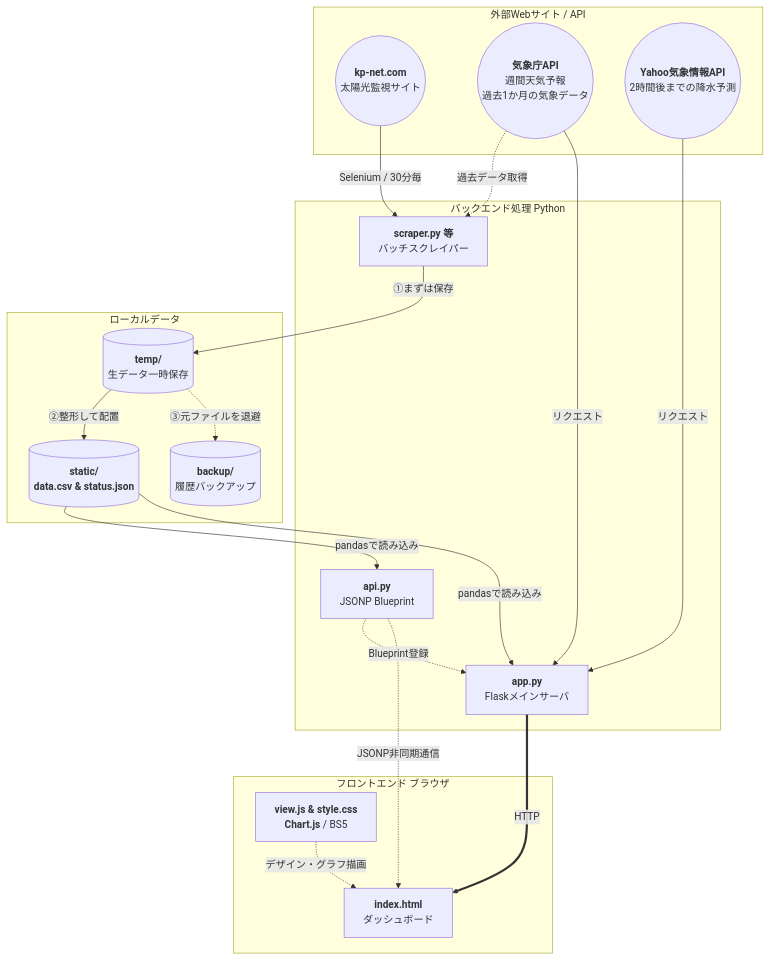
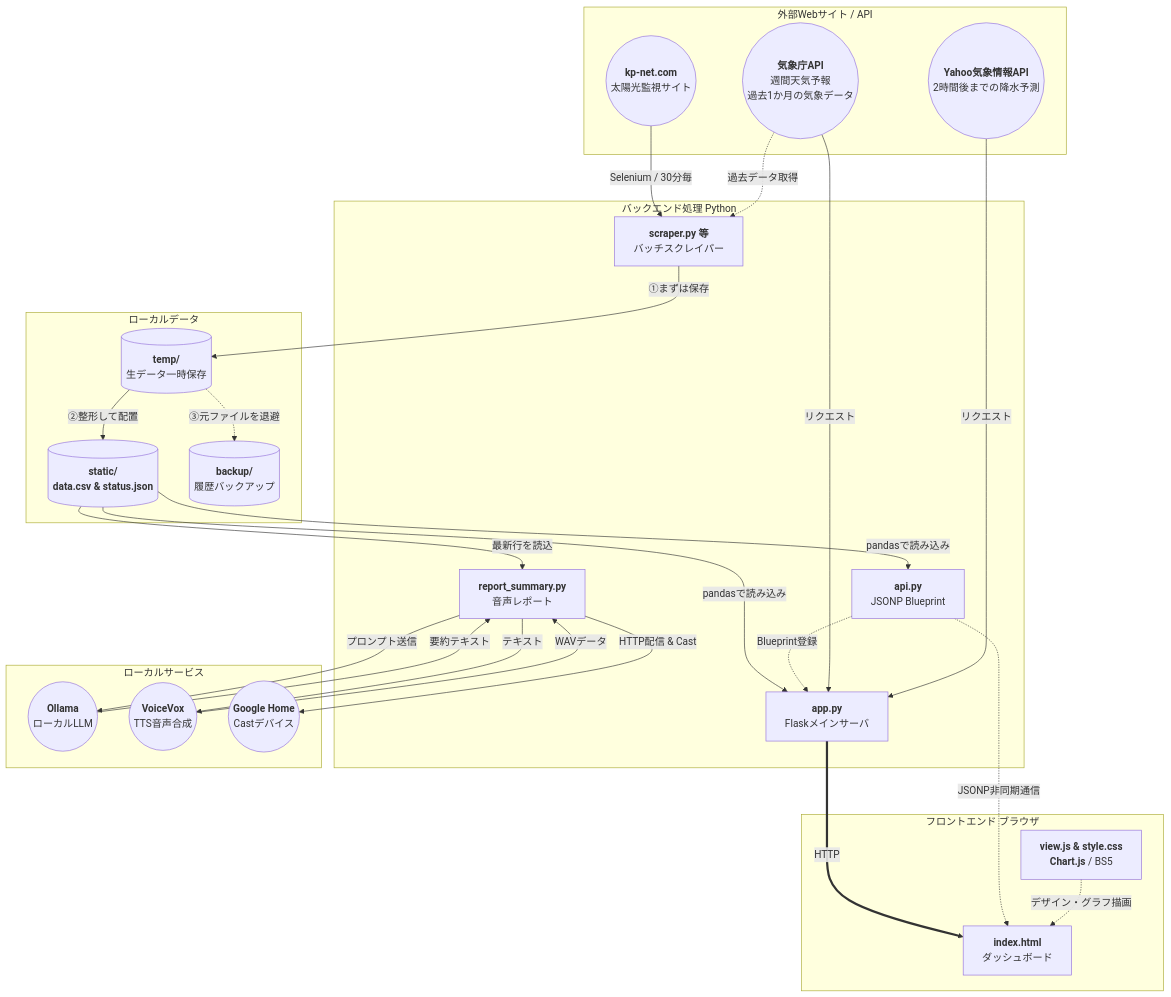
One commit to ayeci/EPLogger changed the diagram in README.md. Above: the diagram before and after it, drawn with Mermaid. The commit also changed other lines of this file and 4 other files, not shown here.

````diff
--- a/README.md
+++ b/README.md
@@ -227,47 +306,62 @@
 ```mermaid
 graph TD
     subgraph Web[外部Webサイト / API]
         KPNet((<strong>kp-net.com</strong><br>太陽光監視サイト))
         JMA((<strong>気象庁API</strong><br>週間天気予報<br>過去1か月の気象データ))
         Yahoo((<strong>Yahoo気象情報API</strong><br>2時間後までの降水予測))
     end
 
     subgraph Backend[バックエンド処理 Python]
         Scraper[<strong>scraper.py 等</strong><br>バッチスクレイパー]
         App[<strong>app.py</strong><br>Flaskメインサーバ]
         API[<strong>api.py</strong><br>JSONP Blueprint]
+        Report[<strong>report_summary.py</strong><br>音声レポート]
     end
 
     subgraph Storage[ローカルデータ]
         Temp[(<strong>temp/</strong><br>生データ一時保存)]
         Data[(<strong>static/<br>data.csv & status.json</strong>)]
         Backup[(<strong>backup/</strong><br>履歴バックアップ)]
     end
 
     subgraph Frontend[フロントエンド ブラウザ]
         HTML[<strong>index.html</strong><br>ダッシュボード]
         Assets[<strong>view.js & style.css<br>Chart.js</strong> / BS5]
+    end
+
+    subgraph VoiceLocal[ローカルサービス]
+        Ollama((<strong>Ollama</strong><br>ローカルLLM))
+        VoiceVox((<strong>VoiceVox</strong><br>TTS音声合成))
+        GoogleHome((<strong>Google Home</strong><br>Castデバイス))
     end
 
     %% スクレイピングとファイル処理のフロー
     KPNet -->|Selenium / 30分毎| Scraper
     JMA -.->|過去データ取得| Scraper
 
     Scraper -->|①まずは保存| Temp
     Temp -->|②整形して配置| Data
     Temp -.->|③元ファイルを退避| Backup
 
     %% バックエンドのフロー
     Data -->|pandasで読み込み| API
     Data -->|pandasで読み込み| App
     API -.->|Blueprint登録| App
 
     %% 天気APIのフロー
     JMA -->|リクエスト| App
     Yahoo -->|リクエスト| App
 
     %% 画面表示のフロー
     App ===>|HTTP| HTML
     API -.->|JSONP非同期通信| HTML
     Assets -.->|デザイン・グラフ描画| HTML
+
+    %% 音声レポートのフロー
+    Data -->|最新行を読込| Report
+    Report -->|プロンプト送信| Ollama
+    Ollama -->|要約テキスト| Report
+    Report -->|テキスト| VoiceVox
+    VoiceVox -->|WAVデータ| Report
+    Report -->|HTTP配信 & Cast| GoogleHome
 ```
````
